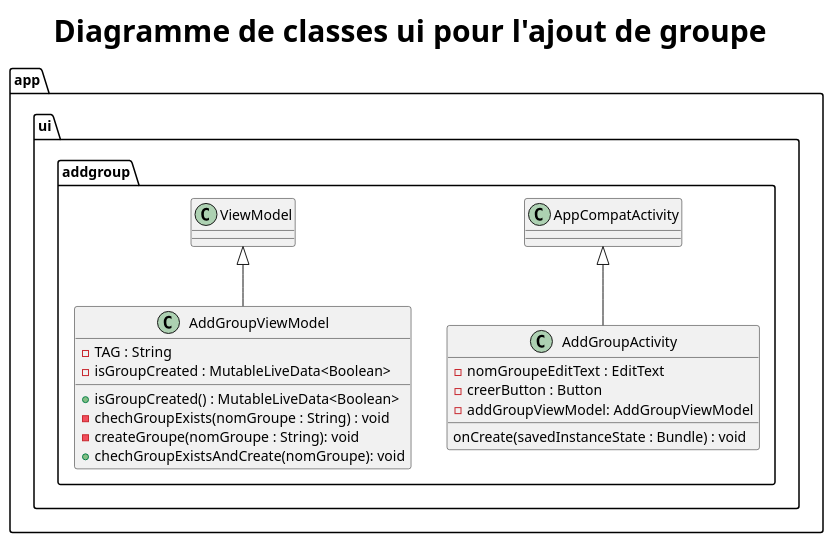
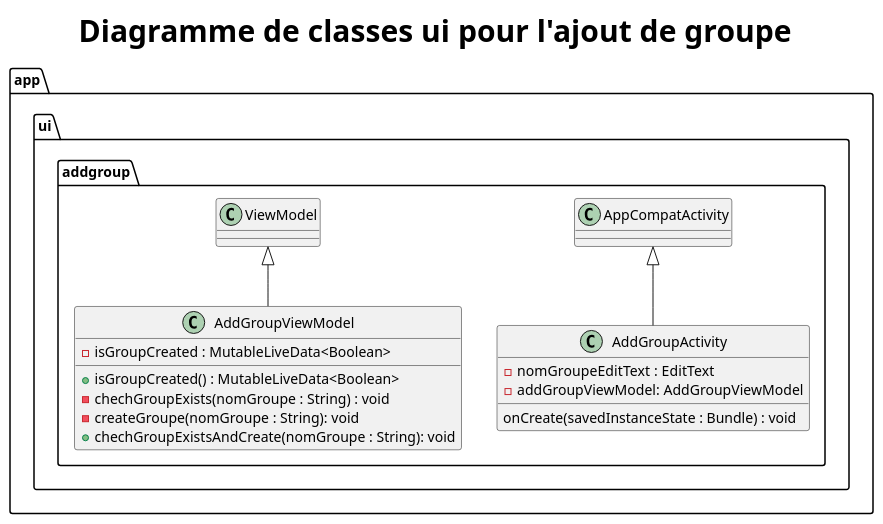
One commit to SefkanTas/Sonofy changed the diagram in app/docs/asciidoc/models/modelui2.puml. Above: the diagram before and after it, drawn with PlantUML. The commit also changed 9 other files, not shown here.

```diff
--- a/app/docs/asciidoc/models/modelui2.puml
+++ b/app/docs/asciidoc/models/modelui2.puml
@@ -1,31 +1,28 @@
 @startuml modelui2
 title <size:30><b>Diagramme de classes ui pour l'ajout de groupe</b></size>
 
 package app{
 
   package ui{
    package addgroup{
 
           class AddGroupActivity extends AppCompatActivity{
               - nomGroupeEditText : EditText
-              - creerButton : Button
               - addGroupViewModel: AddGroupViewModel
 
               onCreate(savedInstanceState : Bundle) : void
           }
 
           class AddGroupViewModel extends ViewModel{
-              - TAG : String
               - isGroupCreated : MutableLiveData<Boolean>
 
               + isGroupCreated() : MutableLiveData<Boolean>
               - chechGroupExists(nomGroupe : String) : void
               - createGroupe(nomGroupe : String): void
-              + chechGroupExistsAndCreate(nomGroupe): void
+              + chechGroupExistsAndCreate(nomGroupe : String): void
           }
       }
     }
-
 }
 
 @enduml
```
